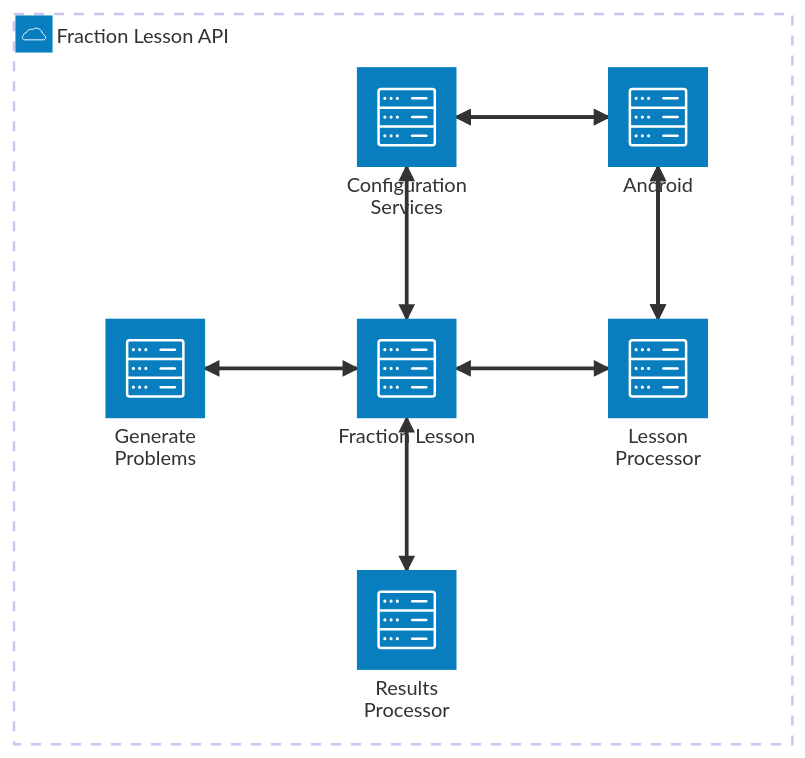
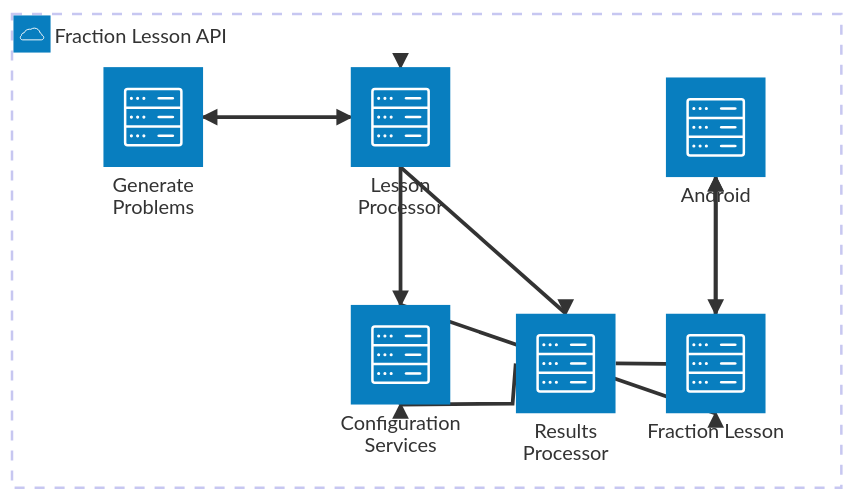
The diagram in README.md (frankaburns/fractionLesson), drawn with Mermaid before and after one commit. The commit also changed 50 other files, not shown here.

````diff
--- a/README.md
+++ b/README.md
@@ -132,25 +132,25 @@
 ```mermaid
 
 ---
 title: Lesson Architecture
 ---
 
 architecture-beta
     group api(cloud)[Fraction Lesson API]
 
     service droid(server)[Android] in api
     service sm(server)[Fraction Lesson] in api
     service config(server)[Configuration Services] in api
     service build(server)[Generate Problems] in api
     service run(server)[Lesson Processor] in api
     service res(server)[Results Processor] in api
     
-    sm:T <--> B:config
-    config:R <--> L:droid
-    droid:L <--> R:config
-    sm:L <--> R:build
-    sm:R <--> L:run
-    run:T <--> B:droid
-    droid:B <--> T:run
-    sm:B <--> T:res
+    droid:B <--> T:sm
+    sm:B <--> T:config
+    config:B --> T:run
+    run:L <--> R:build
+    run:B --> T:res
+    res:R --> B:droid
+    res:L --> B:config
+    
 ```
````
